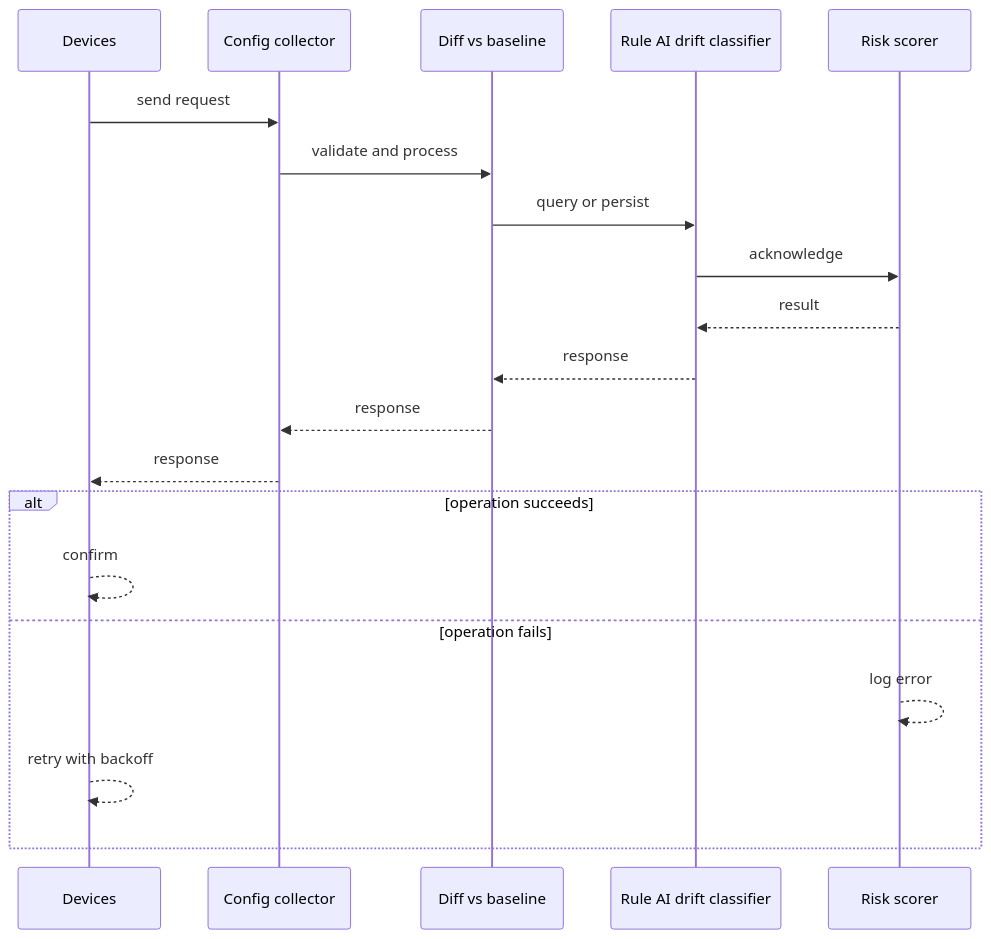
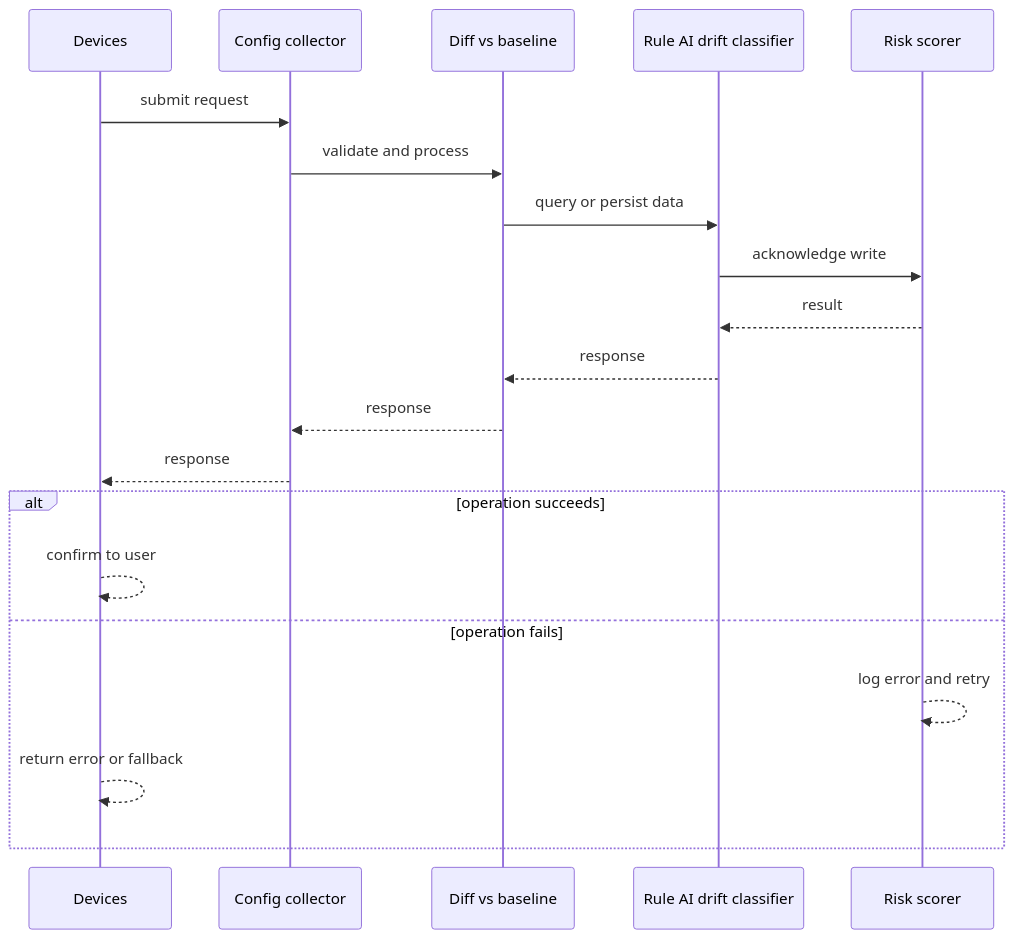
The second of 4 diagrams in case-studies/network-ai-systems/configuration-drift-detection.md (RIT-MESH/system-design-mastery), drawn with Mermaid before and after one commit. The commit also changed other lines of this file and 127 other files, not shown here.

First line of the commit message:
Improve all case study diagrams: case-specific sequences, fix truncated labels

````diff
--- a/case-studies/network-ai-systems/configuration-drift-detection.md
+++ b/case-studies/network-ai-systems/configuration-drift-detection.md
@@ -78,23 +78,23 @@
 ```mermaid
 %% created-for: system-design-mastery
 sequenceDiagram
-  participant C0 as Devices
-  participant C1 as Config collector
-  participant C2 as Diff vs baseline
-  participant C3 as Rule AI drift classifier
-  participant C4 as Risk scorer
-  C0 ->> C1: send request
-  C1 ->> C2: validate and process
-  C2 ->> C3: query or persist
-  C3 ->> C4: acknowledge
-  C4 -->> C3: result
-  C3 -->> C2: response
-  C2 -->> C1: response
-  C1 -->> C0: response
+  participant P0 as Devices
+  participant P1 as Config collector
+  participant P2 as Diff vs baseline
+  participant P3 as Rule AI drift classifier
+  participant P4 as Risk scorer
+  P0 ->> P1: submit request
+  P1 ->> P2: validate and process
+  P2 ->> P3: query or persist data
+  P3 ->> P4: acknowledge write
+  P4 -->> P3: result
+  P3 -->> P2: response
+  P2 -->> P1: response
+  P1 -->> P0: response
   alt operation succeeds
-    C0 -->> C0: confirm
+    P0 -->> P0: confirm to user
   else operation fails
-    C4 -->> C4: log error
-    C0 -->> C0: retry with backoff
+    P4 -->> P4: log error and retry
+    P0 -->> P0: return error or fallback
   end
 ```
````
